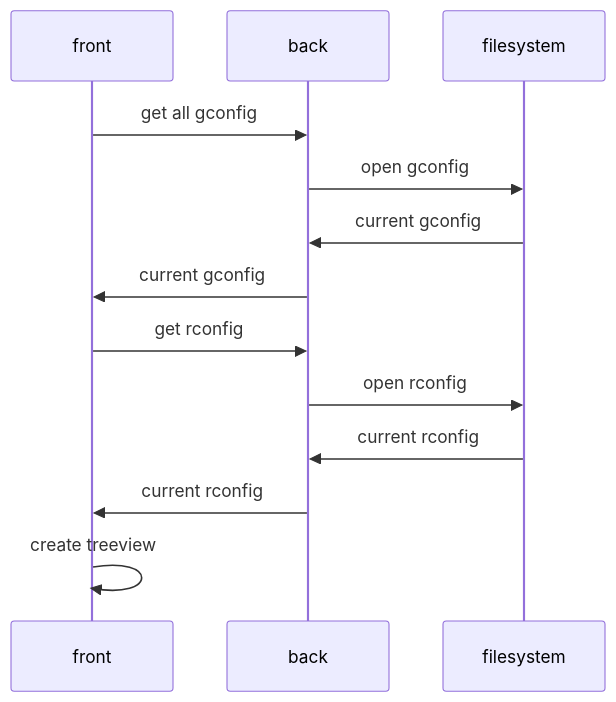
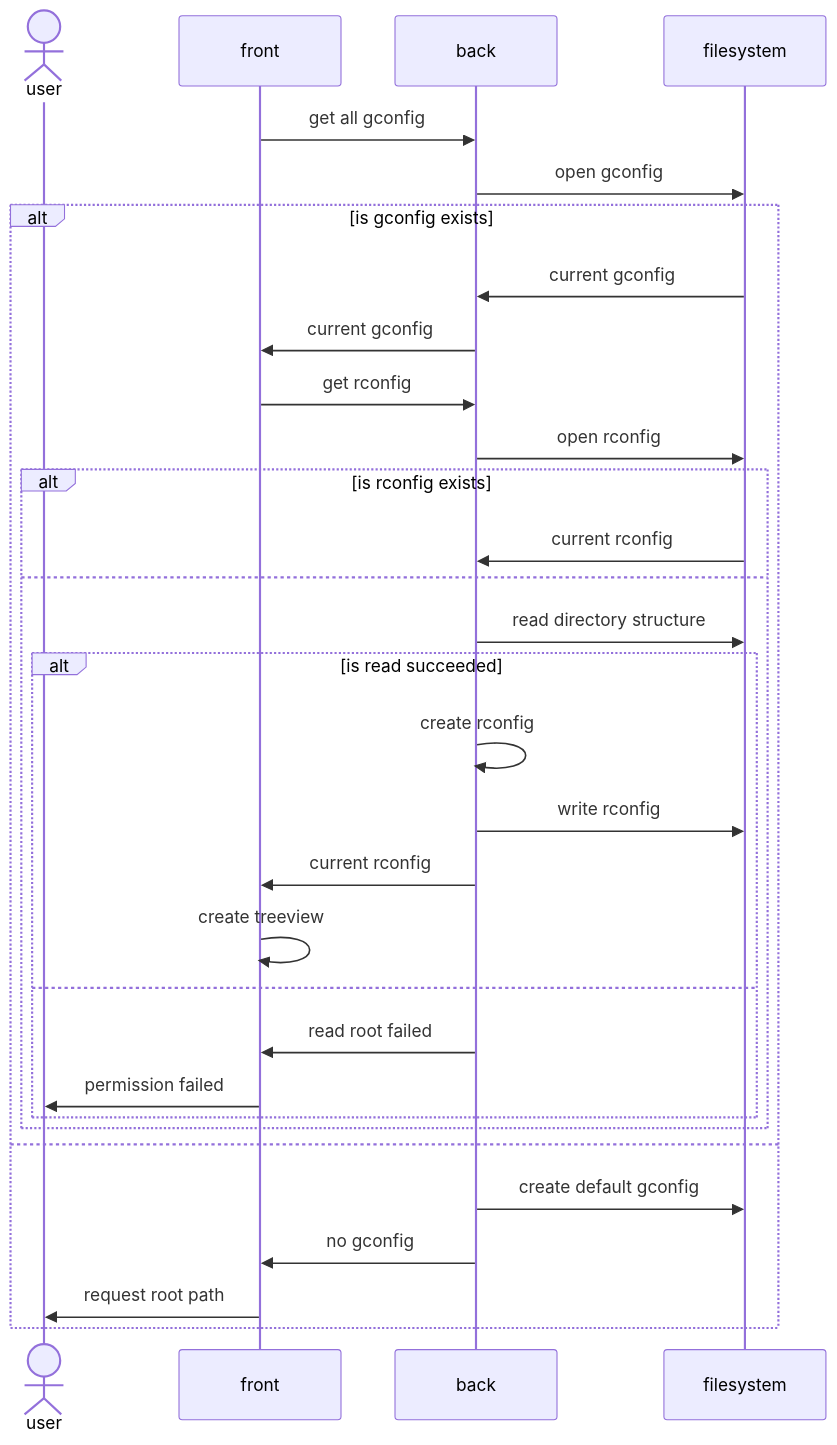
The first of 3 diagrams in README.md (uoyniXnaH/Rescue-md-notebook), drawn with Mermaid before and after one commit.

Commit message:
CHORE: add exception flow in startup sequence

````diff
--- a/README.md
+++ b/README.md
@@ -21,15 +21,33 @@
 ```mermaid
 sequenceDiagram
+    actor user
     participant front
     participant back
     participant filesystem
     front->>back: get all gconfig
     back->>filesystem: open gconfig
-    filesystem->>back: current gconfig
-    back->>front: current gconfig
-    front->>back: get rconfig
-    back->>filesystem: open rconfig
-    filesystem->>back: current rconfig
-    back->>front: current rconfig
-    front->>front: create treeview
+    alt is gconfig exists
+        filesystem->>back: current gconfig
+        back->>front: current gconfig
+        front->>back: get rconfig
+        back->>filesystem: open rconfig
+        alt is rconfig exists
+            filesystem->>back: current rconfig
+        else
+            back->>filesystem: read directory structure
+            alt is read succeeded
+                back->>back: create rconfig
+                back->>filesystem: write rconfig
+                back->>front: current rconfig
+                front->>front: create treeview
+            else
+                back->>front: read root failed
+                front->>user: permission failed
+            end
+        end
+    else
+        back->>filesystem: create default gconfig
+        back->>front: no gconfig
+        front->>user: request root path
+    end
 ```
````
